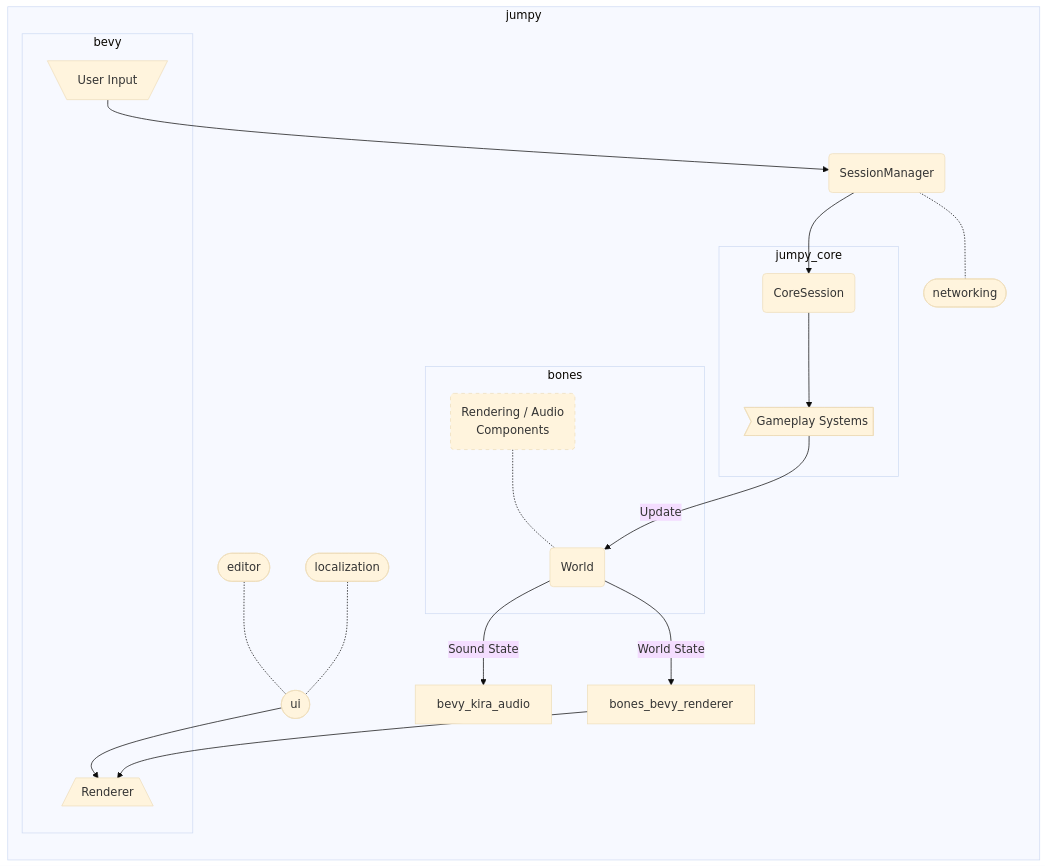
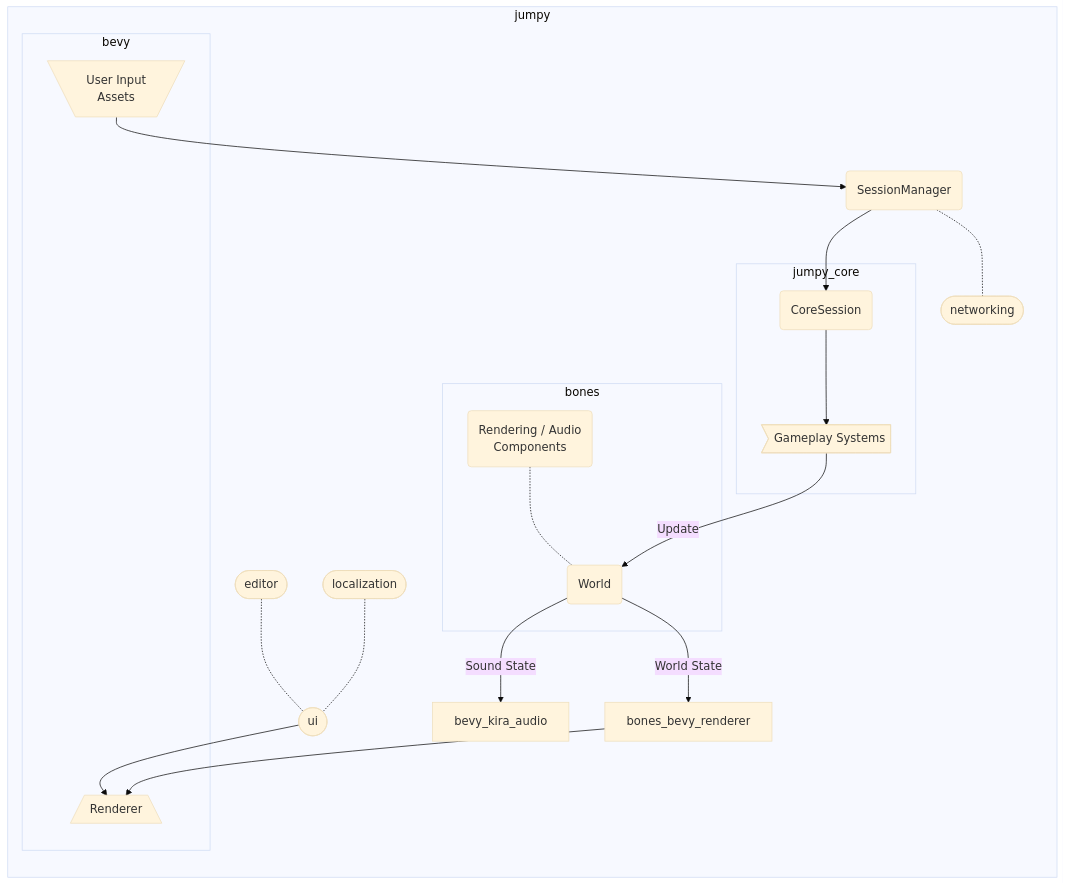
Before and after one commit to fishfolk/jumpy: the second of 2 diagrams in src/README.md, drawn with Mermaid (base theme). The commit also changed other lines of this file and 23 other files, not shown here.

Commit message:
docs(architecture): fill in a lot of jumpy_core architecture docs.

```diff
--- a/src/README.md
+++ b/src/README.md
@@ -50,55 +48,55 @@
 <pre class="mermaid">
 graph TD
   subgraph jumpy
     direction TB
 
     SessionManager(SessionManager):::code
     bevyInput --> SessionManager
 
     click SessionManager call docLink(jumpy/session/struct.SessionManager.html)
     ui([ui]):::code
     click ui call docLink(jumpy/ui/index.html)
     editor([editor]):::code
     click editor call docLink(jumpy/ui/editor/index.html)
     localization([localization]):::code
     click localization call docLink(jumpy/localization/index.html)
     networking([networking]):::code
     click networking call docLink(jumpy/networking/index.html)
 
     subgraph jumpy_core
       CoreSession(CoreSession):::code
       click CoreSession call docLink(jumpy_core/session/struct.CoreSession.html)
       gameplaySystems>Gameplay Systems]
       CoreSession --> gameplaySystems
     end
     SessionManager --> CoreSession
     SessionManager -.- networking
 
     gameplaySystems -- Update --> World
 
     subgraph bones
       World(World):::code
       click World href "https://fishfolk.github.io/bones/rustdoc/bones_ecs/struct.World.html"
       renderingComponents("Rendering / Audio
-          Components")
-      style renderingComponents stroke-dasharray: 5
+          Components"):::dotted
       renderingComponents -.- World
     end
 
     World -- Sound State --> bevy_kira_audio:::code
     World -- World State --> bones_bevy_renderer:::code
     click bevy_kira_audio href "https://docs.rs/bevy_kira_audio/latest/bevy_kira_audio/"
     click bones_bevy_renderer href "https://fishfolk.github.io/bones/rustdoc/bones_bevy_renderer/index.html"
 
     ui --> bevyRenderer
     editor -.- ui
     localization -.- ui
 
     bones_bevy_renderer --> bevyRenderer
 
     subgraph bevy
-      bevyInput[\User Input/]
+      bevyInput[\"User Input
+      Assets"/]
       bevyRenderer[/Renderer\]
     end
   end
 </pre>
```
